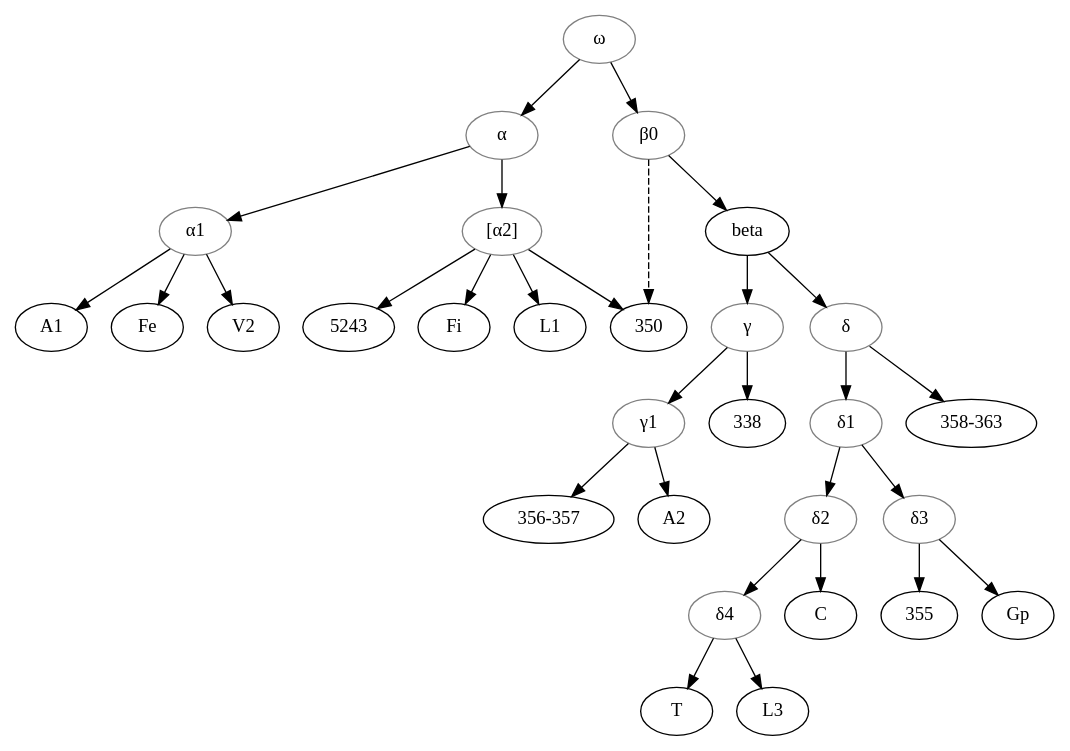
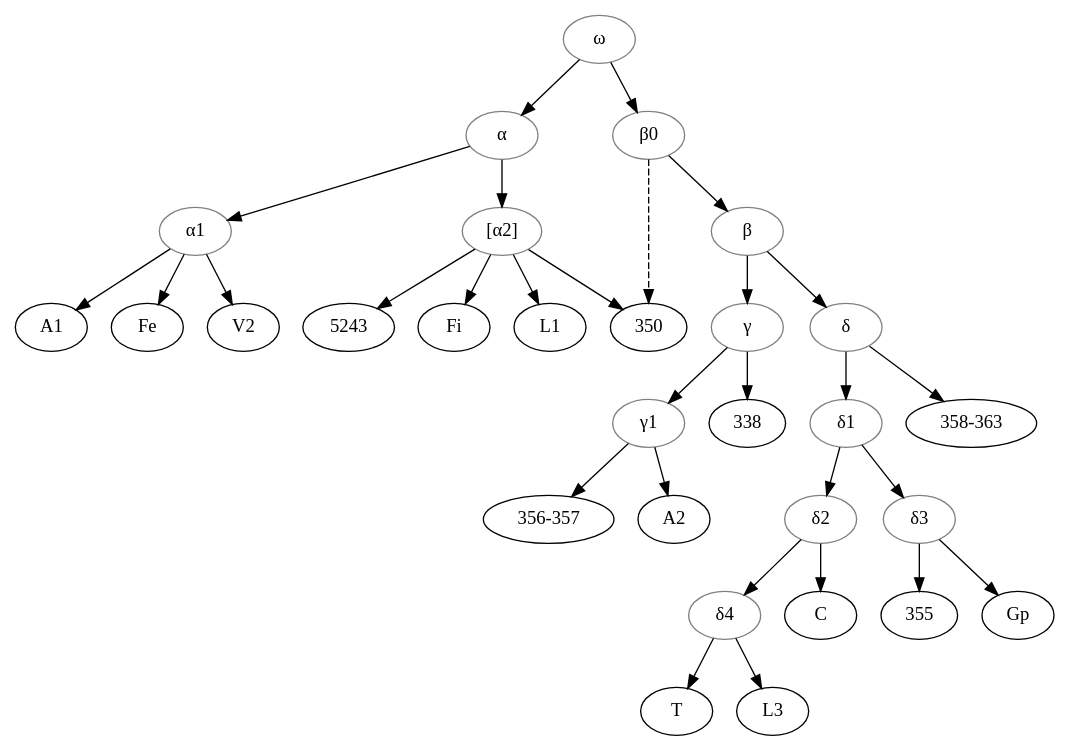
One commit to OpenStemmata/database changed the diagram in data/fro/LeonardiTrachsler_2015_Meliadus/stemma.gv. Above: the diagram before and after it, drawn with Graphviz. The commit also changed 7 other files, not shown here.

```diff
--- a/data/fro/LeonardiTrachsler_2015_Meliadus/stemma.gv
+++ b/data/fro/LeonardiTrachsler_2015_Meliadus/stemma.gv
@@ -1,49 +1,50 @@
 digraph {
 alpha[label="α", color="grey"];
 alpha1[label="α1", color="grey"];  
 alpha2[label="[α2]", color="grey"];  
+beta[label="β", color="grey"];
 betaZero[label="β0", color="grey"];
 gamma[label="γ", color="grey"];
 gamma1[label="γ1", color="grey"];
 
 delta[label="δ", color="grey"]
 delta1[label="δ1", color="grey"];
 delta2[label="δ2", color="grey"];
 delta3[label="δ3", color="grey"];
 delta4[label="δ4", color="grey"];
 omega[label="ω", color="grey"];
 356[label="356-357"]
 358[label="358-363"]
 
 omega->alpha;
 alpha->alpha1;
 alpha1->A1;
 alpha1->Fe;
 alpha1->V2;
 alpha->alpha2;
 alpha2->5243[style="uncert"];
 alpha2->Fi[style="uncert"];
 alpha2->L1[style="uncert"];
 alpha2->350[style="uncert"];
 
 omega->betaZero;
 betaZero->350[style="dashed"]
 betaZero->beta;
 beta->gamma;
 gamma->338;
 gamma->gamma1;
 gamma1->356;
 gamma1->A2;
 beta->delta;
 delta->358;
 delta->delta1;
 delta1->delta2;
 delta2->C;
 delta2->delta4;
 delta4->T;
 delta4->L3;
 delta1->delta3;
 delta3->355;
 delta3->Gp;
 
 }
```
